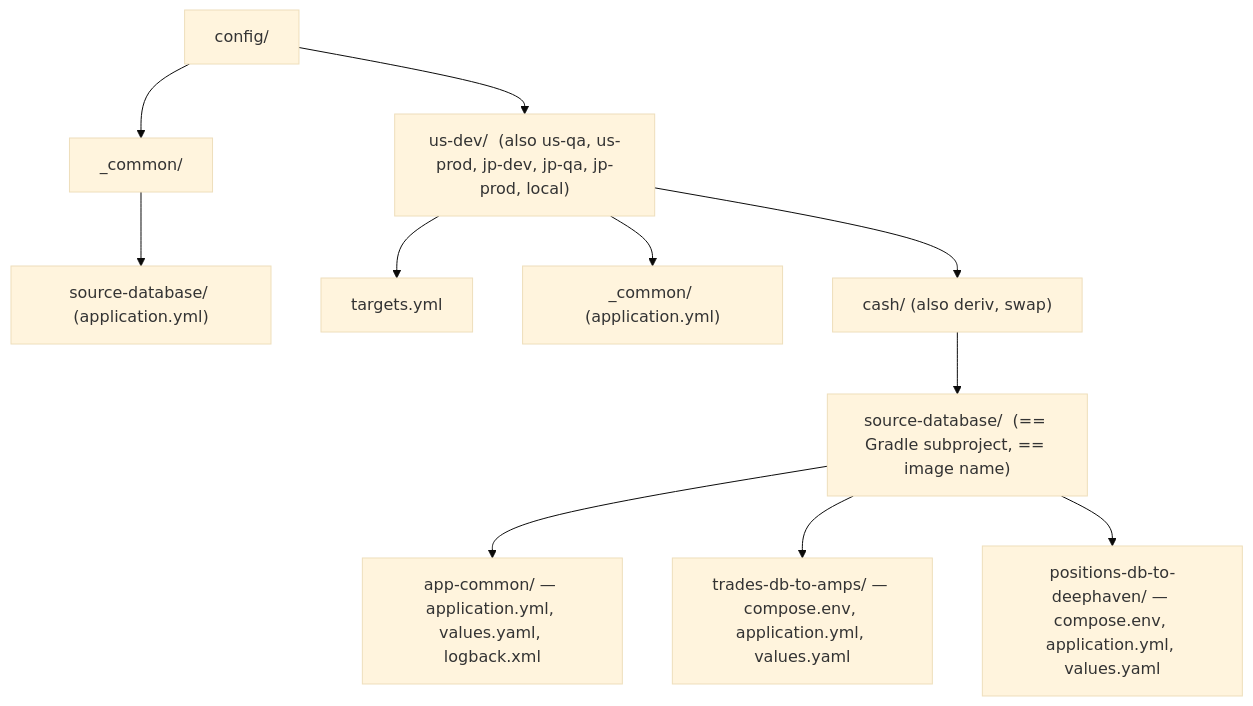
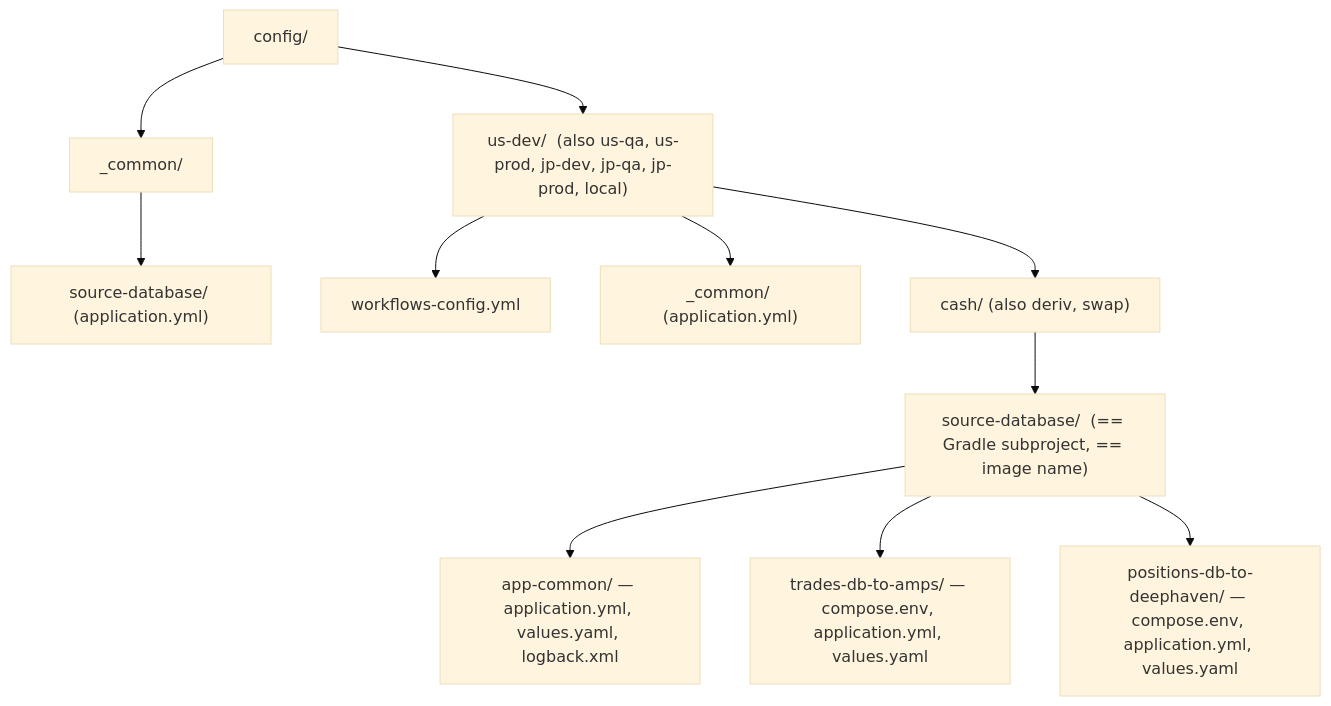
Before and after one commit to crazymatthsu/github-demo: the second of 4 diagrams in docs/05-configuration-management.md, drawn with Mermaid (base theme). The commit also changed other lines of this file and 25 other files, not shown here.

First line of the commit message:
refactor(config): rename the per-flow deploy inventory to workflows-config.yml

````diff
--- a/docs/05-configuration-management.md
+++ b/docs/05-configuration-management.md
@@ -394,22 +394,22 @@
 ```mermaid
 flowchart TB
   root["config/"]
   com["_common/"]
   comApp["source-database/ (application.yml)"]
   env["us-dev/  (also us-qa, us-prod, jp-dev, jp-qa, jp-prod, local)"]
-  tgt["targets.yml"]
+  tgt["workflows-config.yml"]
   envCom["_common/ (application.yml)"]
   flow["cash/  (also deriv, swap)"]
   app["source-database/  (== Gradle subproject, == image name)"]
   appCom["app-common/ — application.yml, values.yaml, logback.xml"]
   i1["trades-db-to-amps/ — compose.env, application.yml, values.yaml"]
   i2["positions-db-to-deephaven/ — compose.env, application.yml, values.yaml"]
   root --> com --> comApp
   root --> env
   env --> tgt
   env --> envCom
   env --> flow --> app
   app --> appCom
   app --> i1
   app --> i2
 ```
````
